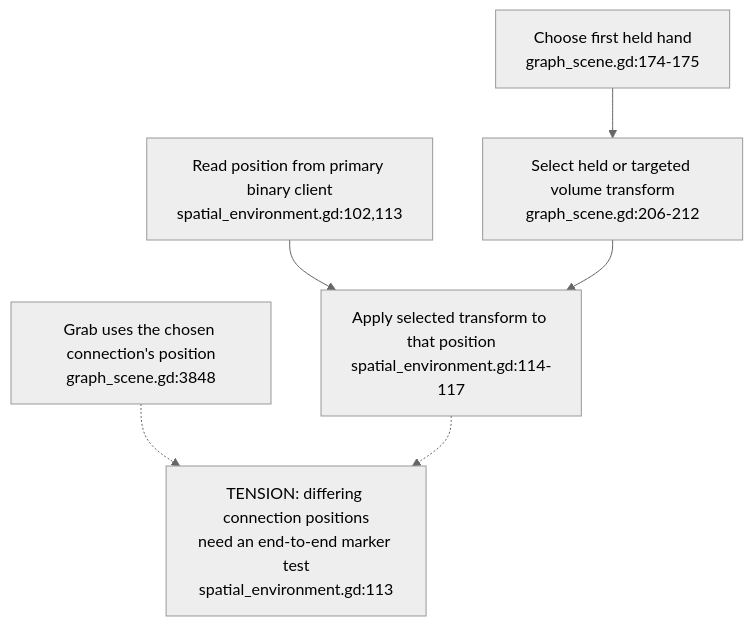
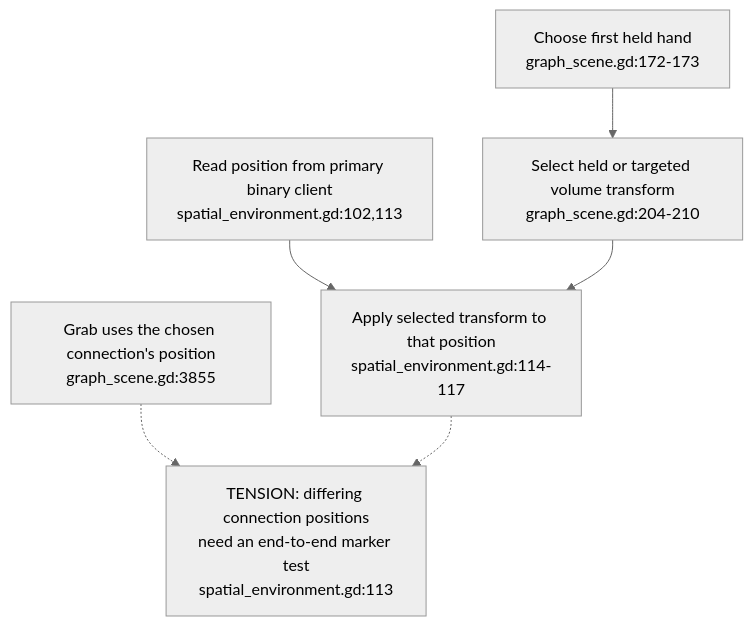
One commit to DreamLab-AI/VisionFlow changed the fifth of 7 diagrams in docs/diagrams/visionclaw/52-drag-holds-and-observation-gates.md. Above: the diagram before and after it, drawn with Mermaid (neutral theme). The commit also changed other lines of this file and 24 other files, not shown here.

Commit message:
docs: align XR liveness, filtering and rendering diagrams (#33)

````diff
--- a/docs/diagrams/visionclaw/52-drag-holds-and-observation-gates.md
+++ b/docs/diagrams/visionclaw/52-drag-holds-and-observation-gates.md
@@ -108,8 +108,8 @@
 ```mermaid
 flowchart TD
-    HAND["Choose first held hand<br/>graph_scene.gd:174-175"] --> FRAME["Select held or targeted volume transform<br/>graph_scene.gd:206-212"]
+    HAND["Choose first held hand<br/>graph_scene.gd:172-173"] --> FRAME["Select held or targeted volume transform<br/>graph_scene.gd:204-210"]
     PRIMARY["Read position from primary binary client<br/>spatial_environment.gd:102,113"] --> WORLD["Apply selected transform to that position<br/>spatial_environment.gd:114-117"]
     FRAME --> WORLD
-    GRAB["Grab uses the chosen connection's position<br/>graph_scene.gd:3848"] -.-> GAP["TENSION: differing connection positions<br/>need an end-to-end marker test<br/>spatial_environment.gd:113"]
+    GRAB["Grab uses the chosen connection's position<br/>graph_scene.gd:3855"] -.-> GAP["TENSION: differing connection positions<br/>need an end-to-end marker test<br/>spatial_environment.gd:113"]
     WORLD -.-> GAP
 ```
````
